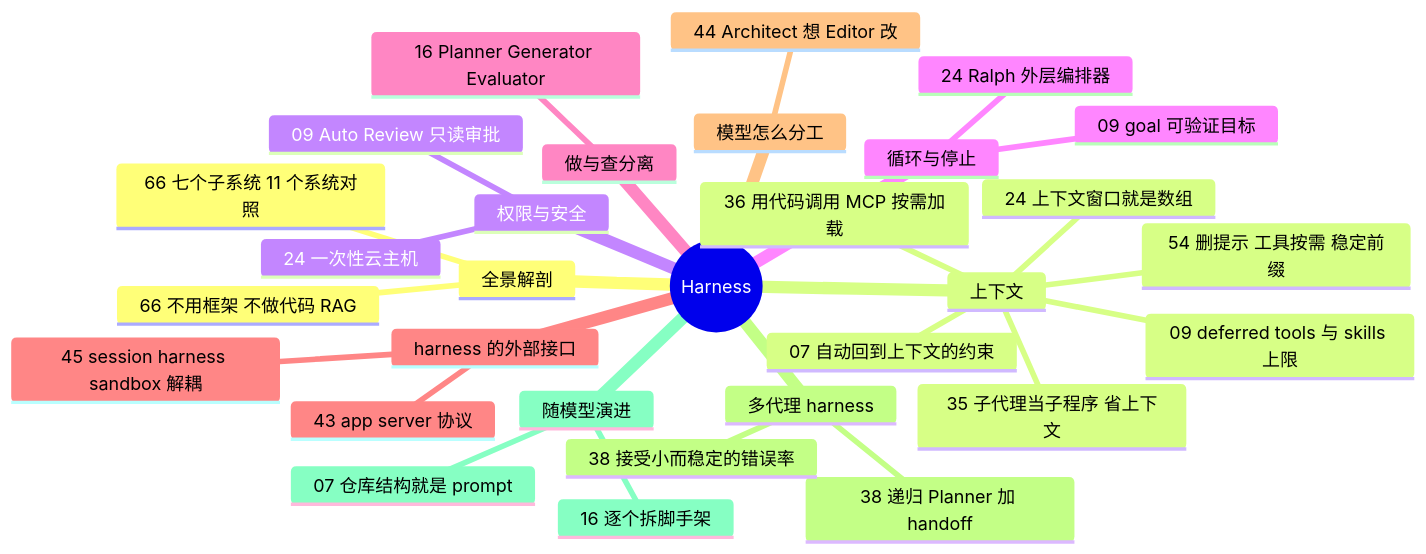
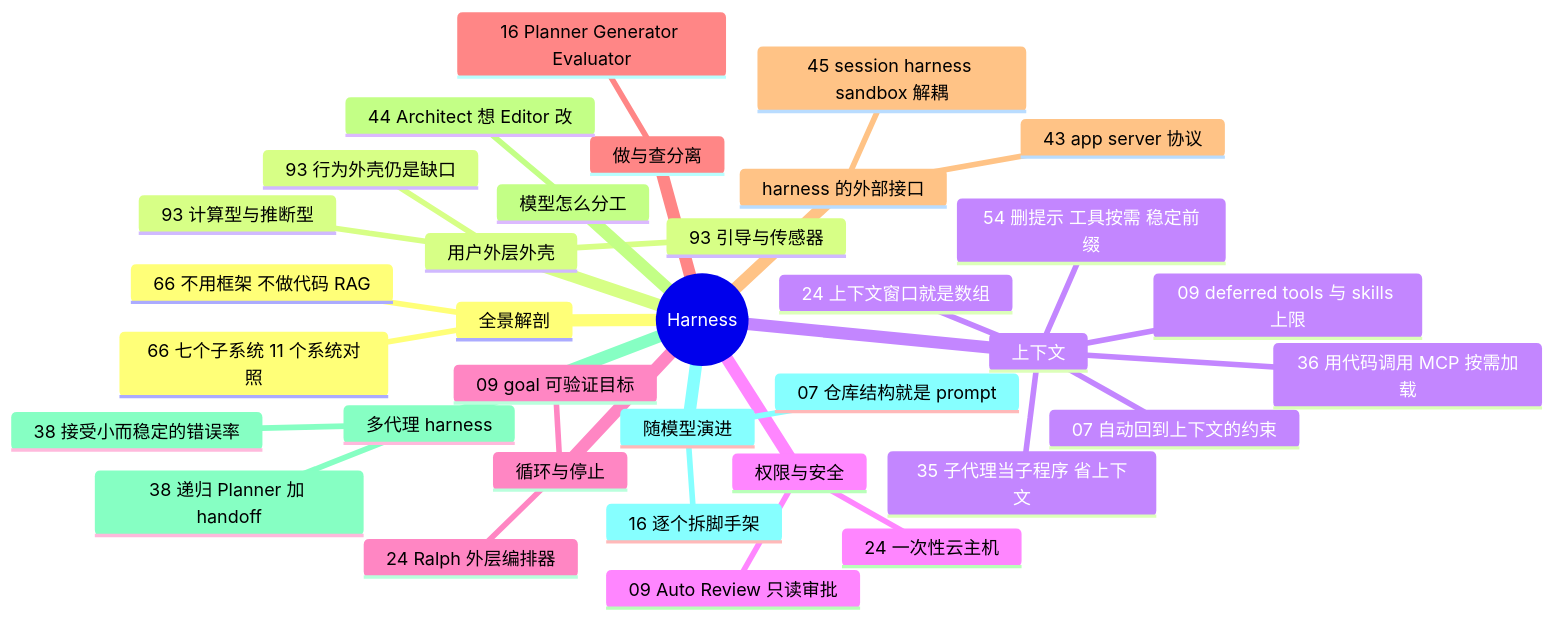
The diagram in docs/guide/harness.md (yzw7489757/ai-coding-videos), drawn with Mermaid before and after one commit. The commit also changed other lines of this file and 17 other files, not shown here.

````diff
--- a/docs/guide/harness.md
+++ b/docs/guide/harness.md
@@ -13,33 +13,37 @@
 ```mermaid
 mindmap
   root((Harness))
     全景解剖
       66 七个子系统 11 个系统对照
       66 不用框架 不做代码 RAG
+    用户外层外壳
+      93 引导与传感器
+      93 计算型与推断型
+      93 行为外壳仍是缺口
     上下文
       09 deferred tools 与 skills 上限
       24 上下文窗口就是数组
       07 自动回到上下文的约束
       35 子代理当子程序 省上下文
       36 用代码调用 MCP 按需加载
       54 删提示 工具按需 稳定前缀
     权限与安全
       09 Auto Review 只读审批
       24 一次性云主机
     循环与停止
       09 goal 可验证目标
       24 Ralph 外层编排器
     做与查分离
       16 Planner Generator Evaluator
     harness 的外部接口
       43 app server 协议
       45 session harness sandbox 解耦
     模型怎么分工
       44 Architect 想 Editor 改
     多代理 harness
       38 递归 Planner 加 handoff
       38 接受小而稳定的错误率
     随模型演进
       16 逐个拆脚手架
       07 仓库结构就是 prompt
 ```
````
